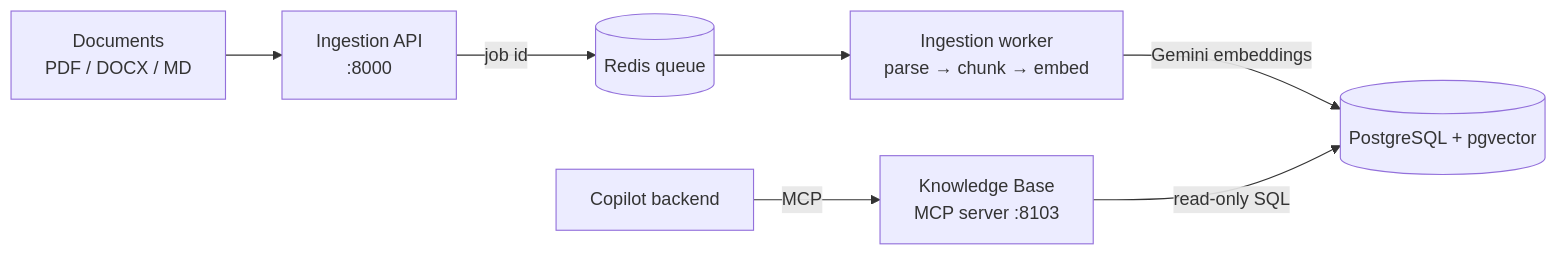
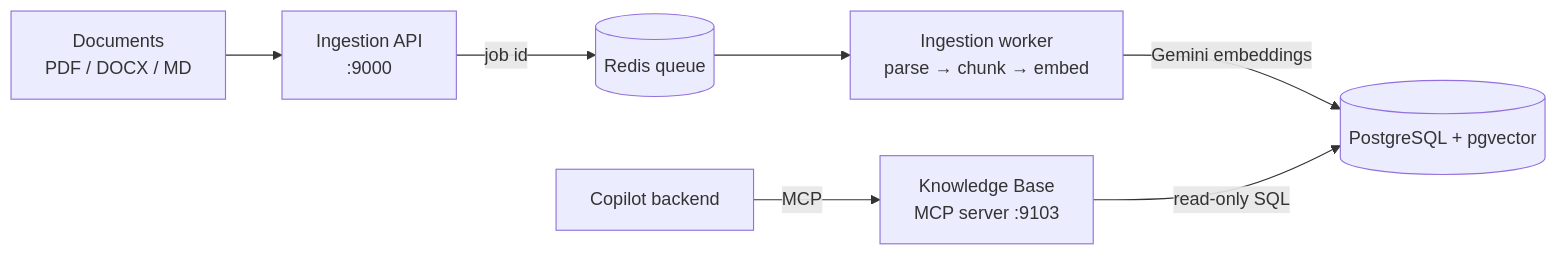
Before and after one commit to madhav-k-2001/incident-and-ticket-enrichment: the diagram in docs/rag-design.md, drawn with Mermaid. The commit also changed other lines of this file and 2 other files, not shown here.

Commit message:
docs: complete root README sections and fix ports in docs
Claude-Session: https://claude.ai/code/session_01KX78LMpNNmgQgc39n6sSET

````diff
--- a/docs/rag-design.md
+++ b/docs/rag-design.md
@@ -5,9 +5,9 @@
 ```mermaid
 flowchart LR
-    Docs["Documents<br/>PDF / DOCX / MD"] --> API["Ingestion API<br/>:8000"]
+    Docs["Documents<br/>PDF / DOCX / MD"] --> API["Ingestion API<br/>:9000"]
     API -->|"job id"| Redis[("Redis queue")]
     Redis --> Worker["Ingestion worker<br/>parse → chunk → embed"]
     Worker -->|"Gemini embeddings"| PG[("PostgreSQL + pgvector")]
-    Backend["Copilot backend"] -->|"MCP"| KB["Knowledge Base<br/>MCP server :8103"]
+    Backend["Copilot backend"] -->|"MCP"| KB["Knowledge Base<br/>MCP server :9103"]
     KB -->|"read-only SQL"| PG
 ```
````
